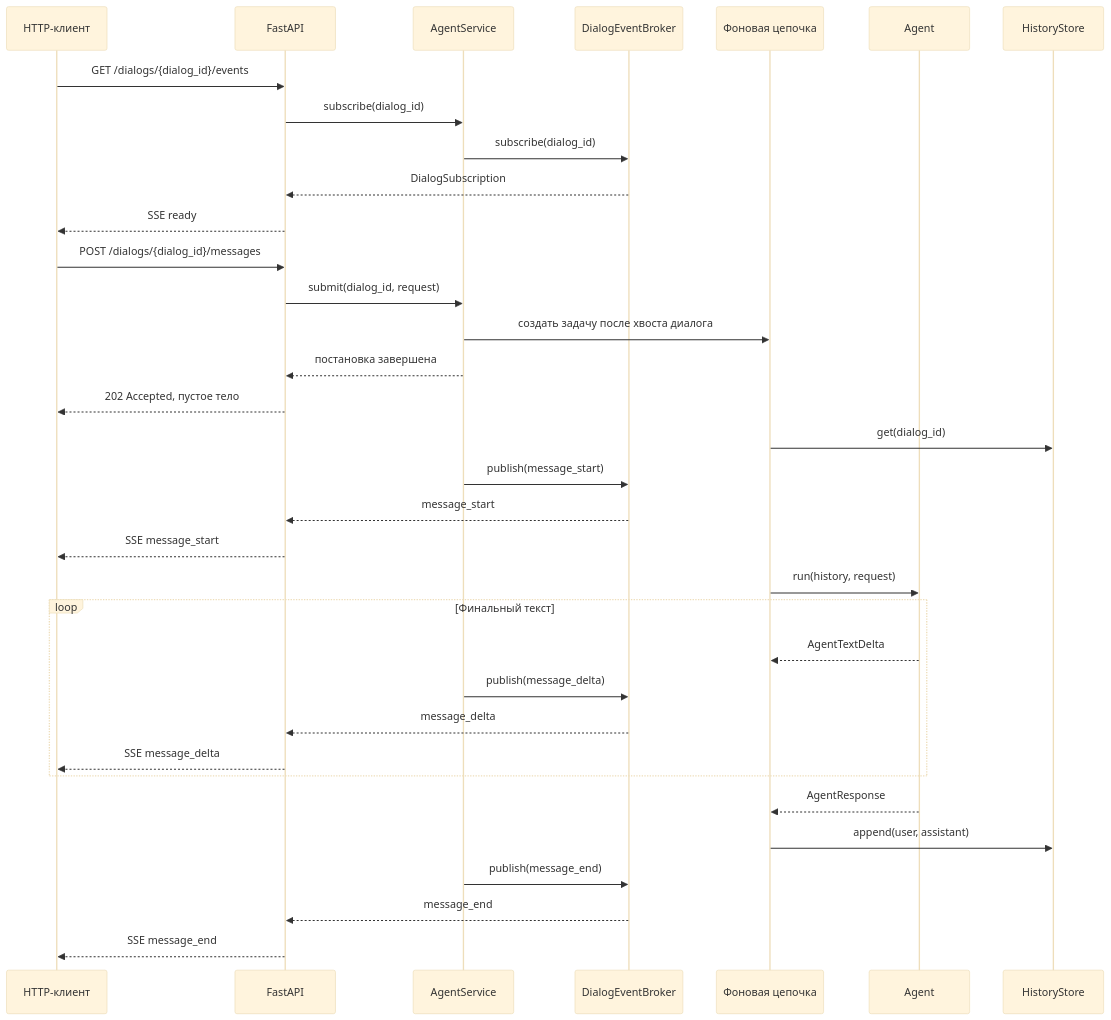
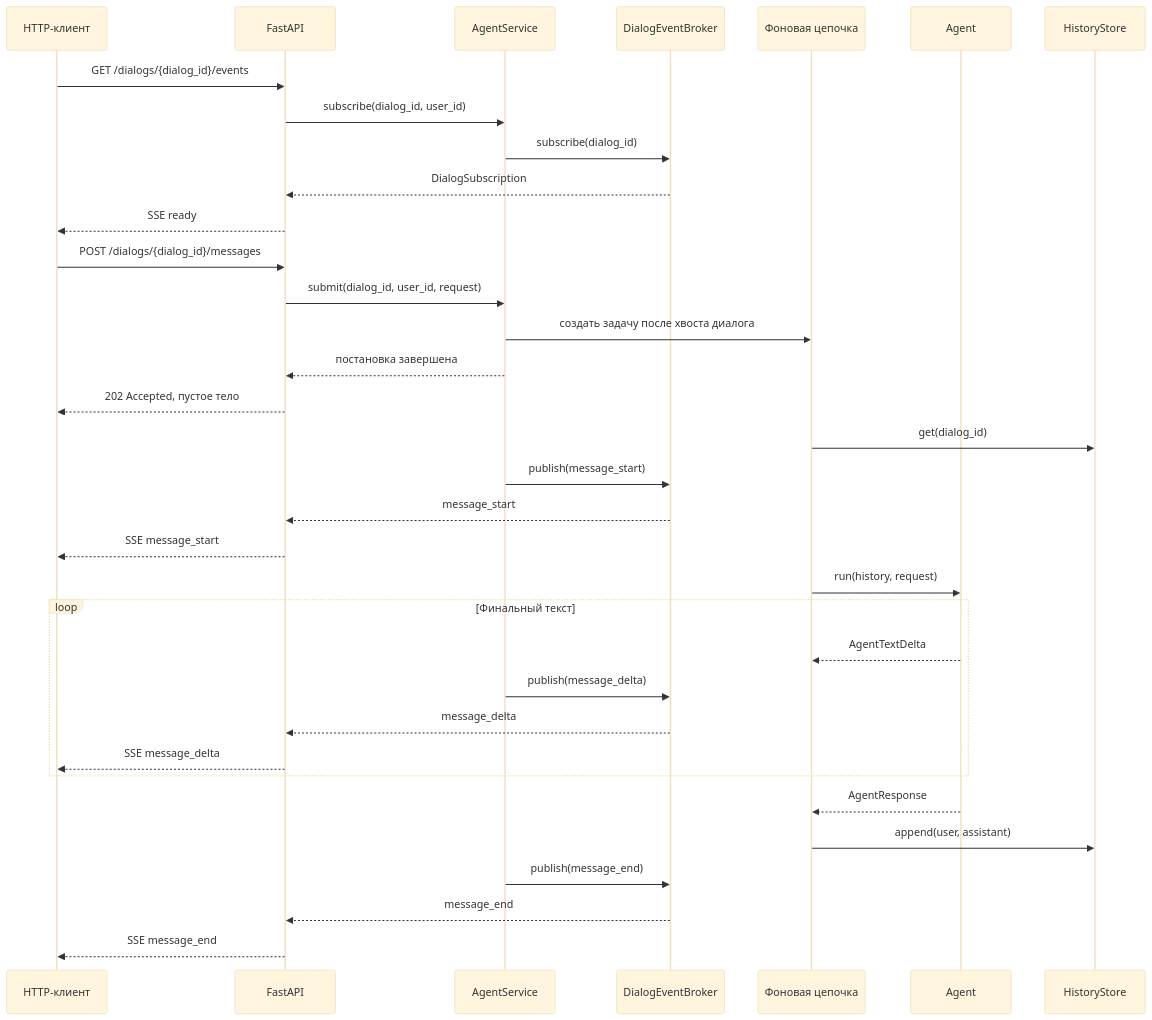
Before and after one commit to Nisakoo/BMSTU-NIRS: the first of 2 diagrams in docs/dialogs.md, drawn with Mermaid (base theme). The commit also changed other lines of this file and 65 other files, not shown here.

````diff
--- a/docs/dialogs.md
+++ b/docs/dialogs.md
@@ -95,37 +102,37 @@
 ```mermaid
 sequenceDiagram
     participant Client as HTTP-клиент
     participant API as FastAPI
     participant Service as AgentService
     participant Broker as DialogEventBroker
     participant Task as Фоновая цепочка
     participant Agent
     participant History as HistoryStore
 
     Client->>API: GET /dialogs/{dialog_id}/events
-    API->>Service: subscribe(dialog_id)
+    API->>Service: subscribe(dialog_id, user_id)
     Service->>Broker: subscribe(dialog_id)
     Broker-->>API: DialogSubscription
     API-->>Client: SSE ready
     Client->>API: POST /dialogs/{dialog_id}/messages
-    API->>Service: submit(dialog_id, request)
+    API->>Service: submit(dialog_id, user_id, request)
     Service->>Task: создать задачу после хвоста диалога
     Service-->>API: постановка завершена
     API-->>Client: 202 Accepted, пустое тело
     Task->>History: get(dialog_id)
     Service->>Broker: publish(message_start)
     Broker-->>API: message_start
     API-->>Client: SSE message_start
     Task->>Agent: run(history, request)
     loop Финальный текст
         Agent-->>Task: AgentTextDelta
         Service->>Broker: publish(message_delta)
         Broker-->>API: message_delta
         API-->>Client: SSE message_delta
     end
     Agent-->>Task: AgentResponse
     Task->>History: append(user, assistant)
     Service->>Broker: publish(message_end)
     Broker-->>API: message_end
     API-->>Client: SSE message_end
 ```
````
